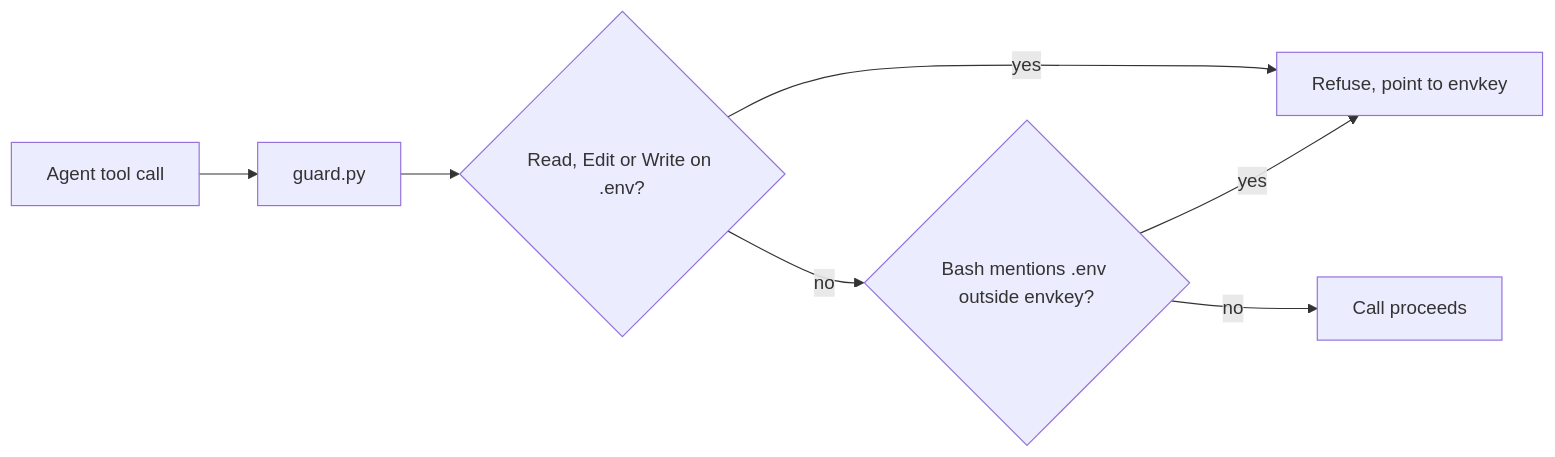
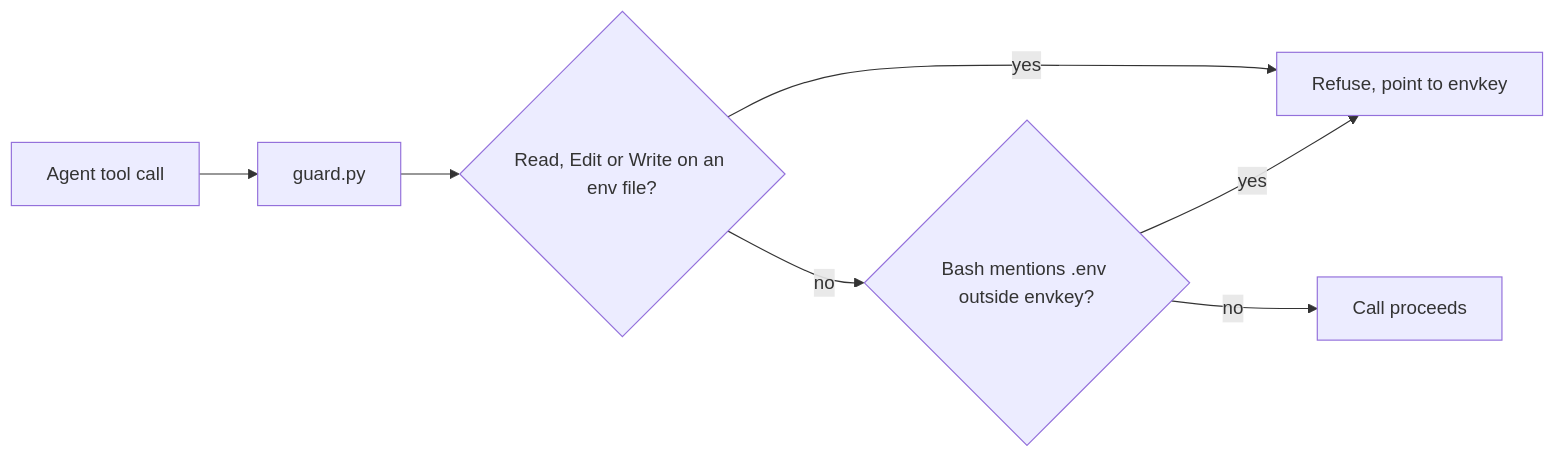
Before and after one commit to daniil4545/envkey: the third of 4 diagrams in README.md, drawn with Mermaid. The commit also changed other lines of this file and 2 other files, not shown here.

Commit message:
fix(guard): block any named env file, not only the bare one

````diff
--- a/README.md
+++ b/README.md
@@ -111,9 +111,9 @@
 ```mermaid
 flowchart LR
   call["Agent tool call"] --> guard["guard.py"]
-  guard --> q1{"Read, Edit or Write on .env?"}
+  guard --> q1{"Read, Edit or Write on an env file?"}
   q1 -->|yes| deny["Refuse, point to envkey"]
   q1 -->|no| q2{"Bash mentions .env outside envkey?"}
   q2 -->|yes| deny
   q2 -->|no| allow["Call proceeds"]
 ```
````
